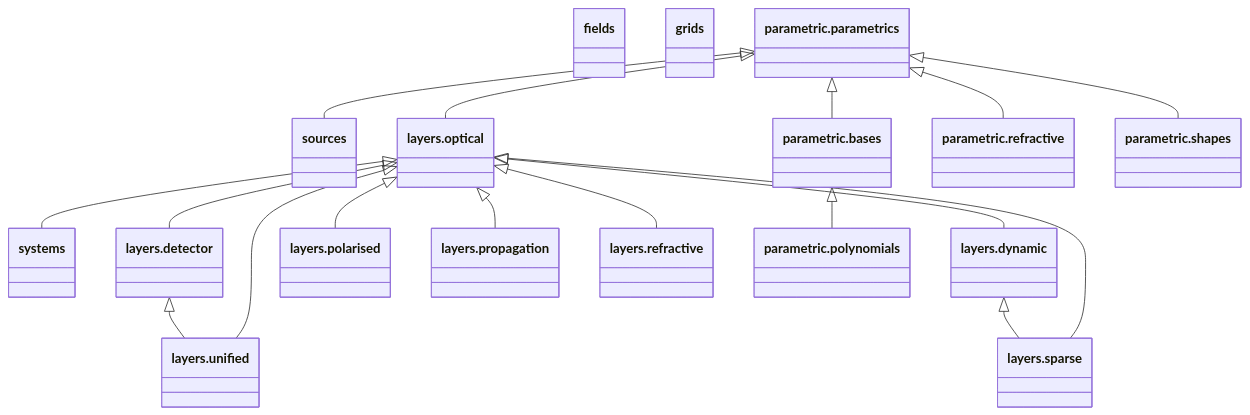
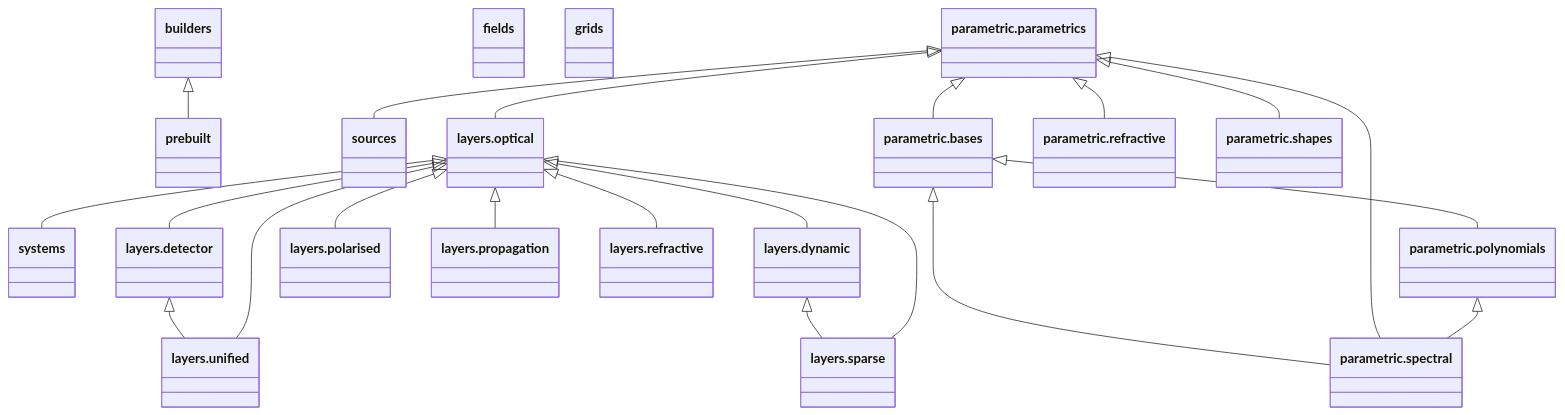
The diagram in docs/API/overview.md (LouisDesdoigts/dLux), drawn with Mermaid before and after one commit. The commit also changed 11 other files, not shown here.

Commit message:
Regenerate API reference and diagrams

````diff
--- a/docs/API/overview.md
+++ b/docs/API/overview.md
@@ -5,53 +5,63 @@
 ```mermaid
 classDiagram
+    class dLux_builders["builders"]
+    click dLux_builders href "../core/builders/" "Public classes: GridBuilder, OPDDef, ApertureData, Norm, ZernikeDef, ApertureBuilder, SparseApertureBuilder"
     class dLux_fields["fields"]
     click dLux_fields href "../core/fields/" "Public classes: BaseField, ContinuousField, DiscreteField, Wavefront, PolarisedWavefront, PSF, Image"
     class dLux_grids["grids"]
     click dLux_grids href "../core/grids/" "Public classes: GridSpec, ResizeSpec, CoordTransform, Affine, AffineMap, TransformChain, DistortCoords"
+    class dLux_prebuilt["prebuilt"]
+    click dLux_prebuilt href "../core/prebuilt/" "Public classes: SimpleCircular, SegmentedHex, NRMLike, HSTLike, JWSTLike, JWSTNRMLike, EuclidLike"
     class dLux_sources["sources"]
     click dLux_sources href "../core/sources/" "Public classes: BaseSource, Spectrum, Source, BinarySource"
     class dLux_systems["systems"]
     click dLux_systems href "../core/systems/" "Public classes: LayeredSystem, OpticalSystem, DetectorSystem"
     class dLux_layers_detector["layers.detector"]
     click dLux_layers_detector href "../layers/detector/" "Public classes: BaseDetectorLayer, DetectorLayer, ApplyPixelResponse, ApplyJitter, ApplySaturation, AddConstant"
     class dLux_layers_dynamic["layers.dynamic"]
     click dLux_layers_dynamic href "../layers/dynamic/" "Public classes: BaseDynamicLayer, DynamicTransmissiveLayer, DynamicAberratedLayer, DynamicOptic"
     class dLux_layers_optical["layers.optical"]
     click dLux_layers_optical href "../layers/optical/" "Public classes: BaseLayer, BaseOpticalLayer, OpticalLayer, TransmissiveLayer, AberratedLayer, Optic, Tilt, SoummerFPM"
     class dLux_layers_polarised["layers.polarised"]
     click dLux_layers_polarised href "../layers/polarised/" "Public classes: PolarisationLayer, PolarisingOptic, UniformPolarisingOptic, LinearPolariser, Retarder"
     class dLux_layers_propagation["layers.propagation"]
     click dLux_layers_propagation href "../layers/propagation/" "Public classes: ABCDElement, ABCDFreeSpace, ABCDLens, ABCDMirror, ABCDFraunhofer, Propagator, FocalPropagator, ABCDPropagator, FreeSpace, Fraunhofer, Fresnel"
     class dLux_layers_refractive["layers.refractive"]
     click dLux_layers_refractive href "../layers/refractive/" "Public classes: RefractiveOptic, Wedge"
     class dLux_layers_sparse["layers.sparse"]
     click dLux_layers_sparse href "../layers/sparse/" "Public classes: Interfere, SparseOptic, SparseDynamicOptic"
     class dLux_layers_unified["layers.unified"]
     click dLux_layers_unified href "../layers/unified/" "Public classes: UnifiedLayer, Resize, Downsample, Flip, Interpolate, Normalise, Lambda"
     class dLux_parametric_bases["parametric.bases"]
     click dLux_parametric_bases href "../parametric/bases/" "Public classes: ParametricBasis, Basis, ImplicitBasis, CoordBasis, CLIMBBasis, FourierBasis, SplineBasis"
     class dLux_parametric_parametrics["parametric.parametrics"]
     click dLux_parametric_parametrics href "../parametric/parametrics/" "Public classes: Parametric, ParametricHolder, Transform, Interpolation, DynamicParametric, Combination"
     class dLux_parametric_polynomials["parametric.polynomials"]
     click dLux_parametric_polynomials href "../parametric/polynomials/" "Public classes: DynamicZernike, ZernikeBasis, DynamicZernikeBasis, Polynomial, ExplicitPolynomial, CoordinatePolynomial"
     class dLux_parametric_refractive["parametric.refractive"]
     click dLux_parametric_refractive href "../parametric/refractive/" "Public classes: CauchyIndex, PolynomialIndex, InterpolatedIndex"
     class dLux_parametric_shapes["parametric.shapes"]
-    click dLux_parametric_shapes href "../parametric/shapes/" "Public classes: Shape, SoftShape, RadialShape, Circle, Square, Rectangle, RegularPolygon, Spider, Complement, TransformedShape"
+    click dLux_parametric_shapes href "../parametric/shapes/" "Public classes: Shape, InvertibleShape, Soft, Circle, Square, Rectangle, RegularPolygon, Spider, Complement, TransformedShape"
+    class dLux_parametric_spectral["parametric.spectral"]
+    click dLux_parametric_spectral href "../parametric/spectral/" "Public classes: SpectralPolynomial, SpectralBasis, Blackbody"
+    dLux_builders <|-- dLux_prebuilt
     dLux_layers_detector <|-- dLux_layers_unified
     dLux_layers_dynamic <|-- dLux_layers_sparse
     dLux_layers_optical <|-- dLux_layers_detector
     dLux_layers_optical <|-- dLux_layers_dynamic
     dLux_layers_optical <|-- dLux_layers_polarised
     dLux_layers_optical <|-- dLux_layers_propagation
     dLux_layers_optical <|-- dLux_layers_refractive
     dLux_layers_optical <|-- dLux_layers_sparse
     dLux_layers_optical <|-- dLux_layers_unified
     dLux_layers_optical <|-- dLux_systems
     dLux_parametric_bases <|-- dLux_parametric_polynomials
+    dLux_parametric_bases <|-- dLux_parametric_spectral
     dLux_parametric_parametrics <|-- dLux_layers_optical
     dLux_parametric_parametrics <|-- dLux_parametric_bases
     dLux_parametric_parametrics <|-- dLux_parametric_refractive
     dLux_parametric_parametrics <|-- dLux_parametric_shapes
+    dLux_parametric_parametrics <|-- dLux_parametric_spectral
     dLux_parametric_parametrics <|-- dLux_sources
+    dLux_parametric_polynomials <|-- dLux_parametric_spectral
 ```
````
